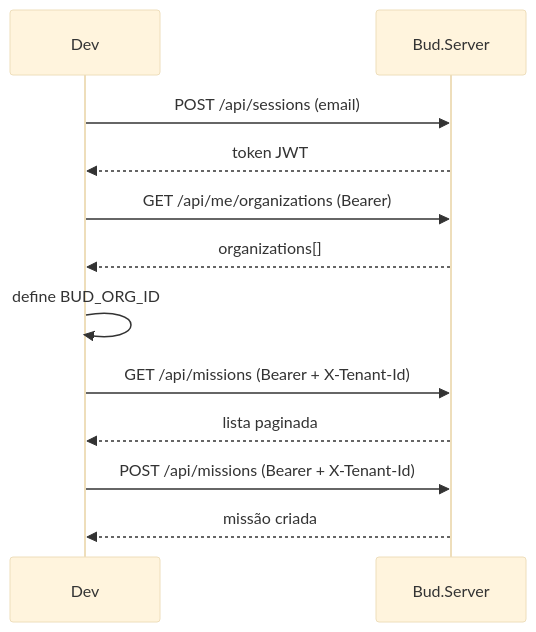
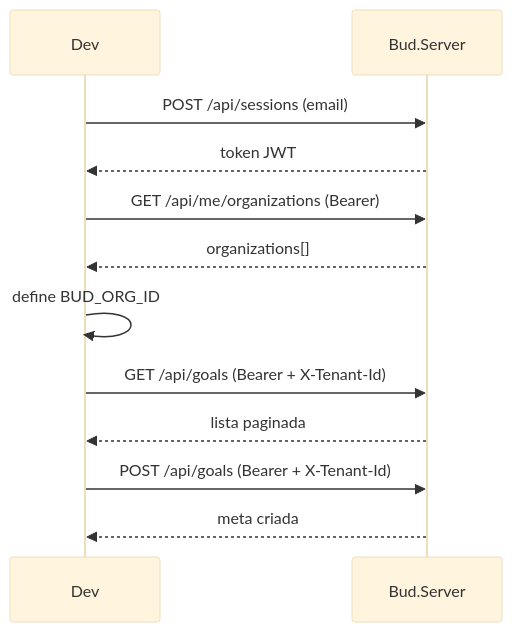
One commit to dsbraz/bud changed the ninth of 10 diagrams in README.md. Above: the diagram before and after it, drawn with Mermaid (base theme). The commit also changed other lines of this file and 419 other files, not shown here.

````diff
--- a/README.md
+++ b/README.md
@@ -607,15 +605,15 @@
 ```mermaid
 sequenceDiagram
     participant Dev as Dev
     participant API as Bud.Server
 
     Dev->>API: POST /api/sessions (email)
     API-->>Dev: token JWT
     Dev->>API: GET /api/me/organizations (Bearer)
     API-->>Dev: organizations[]
     Dev->>Dev: define BUD_ORG_ID
-    Dev->>API: GET /api/missions (Bearer + X-Tenant-Id)
+    Dev->>API: GET /api/goals (Bearer + X-Tenant-Id)
     API-->>Dev: lista paginada
-    Dev->>API: POST /api/missions (Bearer + X-Tenant-Id)
-    API-->>Dev: missão criada
+    Dev->>API: POST /api/goals (Bearer + X-Tenant-Id)
+    API-->>Dev: meta criada
 ```
````
